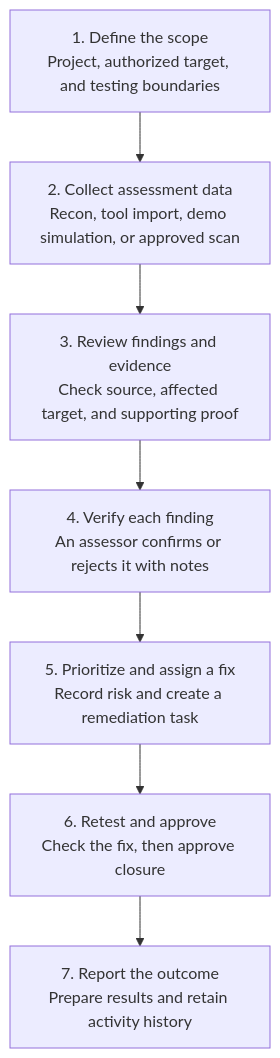
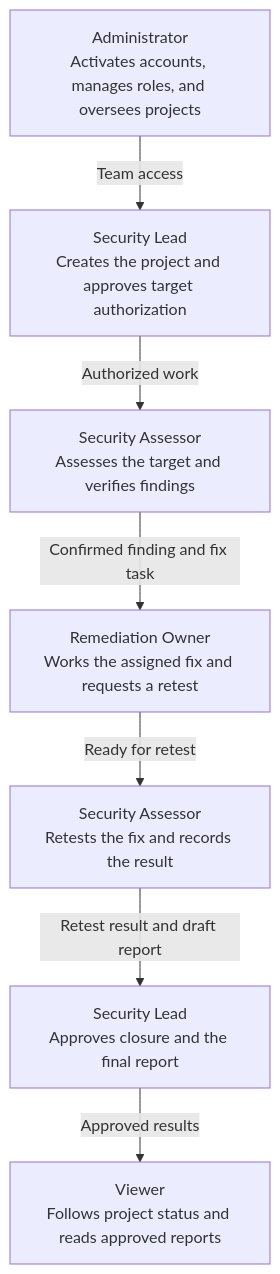
The diagram in README.md (Feliciety02/AIVERA-pro), drawn with Mermaid before and after one commit. The commit also changed other lines of this file and 1 other file, not shown here.

Commit message:
seven step diagram redo

````diff
--- a/README.md
+++ b/README.md
@@ -252,11 +254,16 @@
 ```mermaid
 flowchart TD
-    A["1. Define the scope<br/>Project, authorized target, and testing boundaries"]
-    B["2. Collect assessment data<br/>Recon, tool import, demo simulation, or approved scan"]
-    C["3. Review findings and evidence<br/>Check source, affected target, and supporting proof"]
-    D["4. Verify each finding<br/>An assessor confirms or rejects it with notes"]
-    E["5. Prioritize and assign a fix<br/>Record risk and create a remediation task"]
-    F["6. Retest and approve<br/>Check the fix, then approve closure"]
-    G["7. Report the outcome<br/>Prepare results and retain activity history"]
-    A --> B --> C --> D --> E --> F --> G
+    A["Administrator<br/>Activates accounts, manages roles, and oversees projects"]
+    L1["Security Lead<br/>Creates the project and approves target authorization"]
+    S1["Security Assessor<br/>Assesses the target and verifies findings"]
+    R["Remediation Owner<br/>Works the assigned fix and requests a retest"]
+    S2["Security Assessor<br/>Retests the fix and records the result"]
+    L2["Security Lead<br/>Approves closure and the final report"]
+    V["Viewer<br/>Follows project status and reads approved reports"]
+    A -->|Team access| L1
+    L1 -->|Authorized work| S1
+    S1 -->|Confirmed finding and fix task| R
+    R -->|Ready for retest| S2
+    S2 -->|Retest result and draft report| L2
+    L2 -->|Approved results| V
 ```
````
